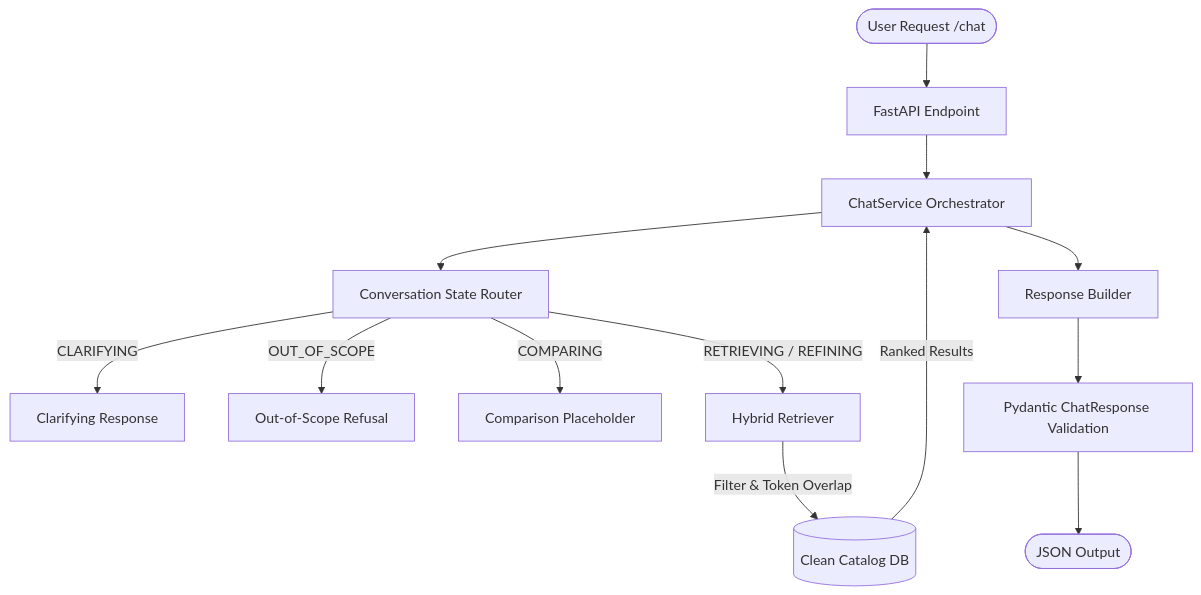
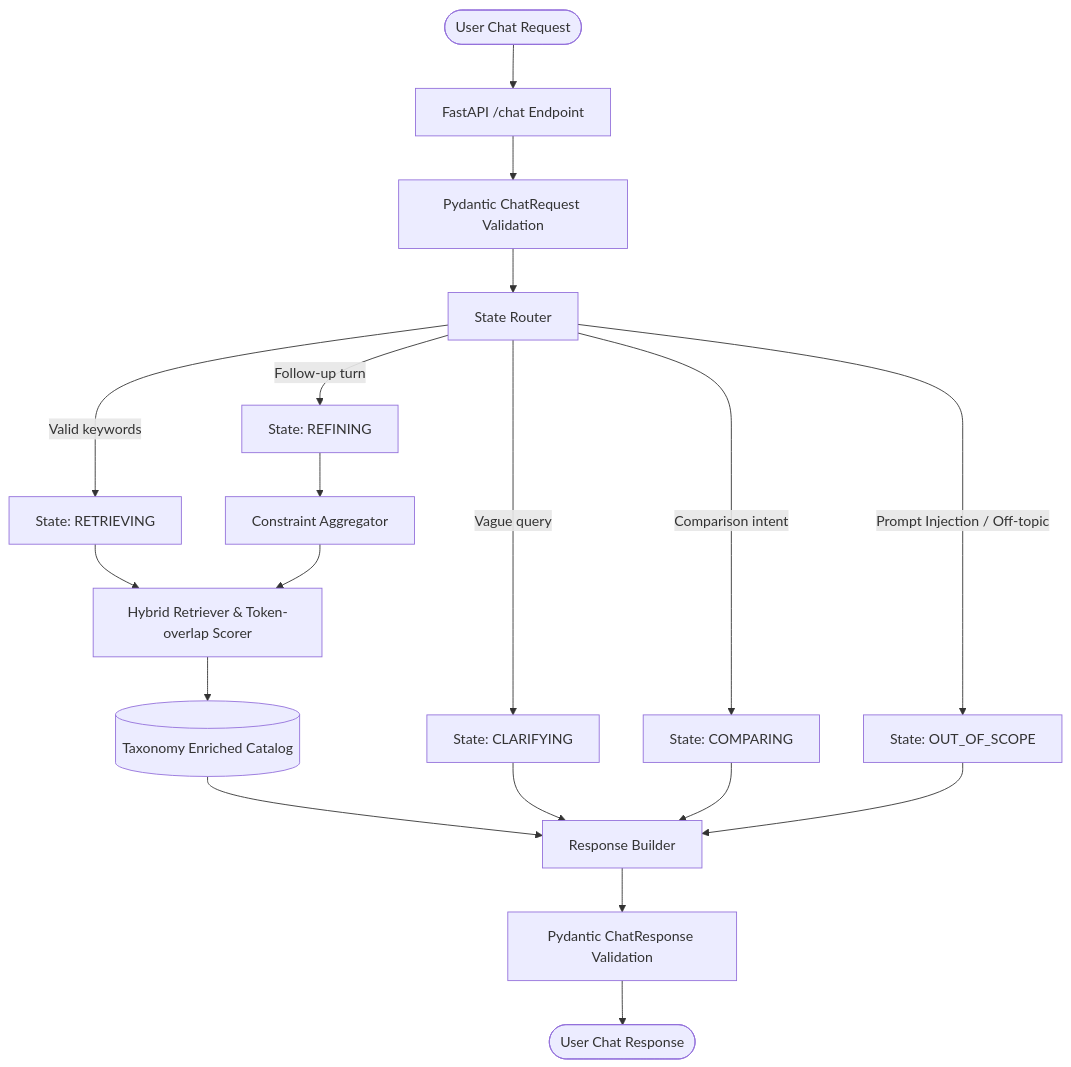
One commit to Neerav02/AssessWire-SHL changed the diagram in README.md. Above: the diagram before and after it, drawn with Mermaid. The commit also changed other lines of this file, not shown here.

Commit message:
Update README.md with system architecture, tech stack, and core differentiators

````diff
--- a/README.md
+++ b/README.md
@@ -23,18 +27,29 @@
 ```mermaid
 flowchart TD
-    User([User Request /chat]) --> API[FastAPI Endpoint]
-    API --> Service[ChatService Orchestrator]
-    Service --> Router[Conversation State Router]
+    User([User Chat Request]) --> API[FastAPI /chat Endpoint]
+    API --> SchemaIn[Pydantic ChatRequest Validation]
+    SchemaIn --> Router[State Router]
     
-    Router -->|CLARIFYING| Clarify[Clarifying Response]
-    Router -->|OUT_OF_SCOPE| Refuse[Out-of-Scope Refusal]
-    Router -->|COMPARING| Compare[Comparison Placeholder]
-    Router -->|RETRIEVING / REFINING| Retrieval[Hybrid Retriever]
+    %% Router Decisions
+    Router -->|Vague query| StateClarify[State: CLARIFYING]
+    Router -->|Valid keywords| StateRetrieve[State: RETRIEVING]
+    Router -->|Follow-up turn| StateRefine[State: REFINING]
+    Router -->|Comparison intent| StateCompare[State: COMPARING]
+    Router -->|Prompt Injection / Off-topic| StateOut[State: OUT_OF_SCOPE]
     
-    Retrieval -->|Filter & Token Overlap| Catalog[(Clean Catalog DB)]
-    Catalog --> |Ranked Results| Service
+    %% Processing Lane
+    StateRetrieve --> HybridSearch[Hybrid Retriever & Token-overlap Scorer]
+    StateRefine --> CombineQueries[Constraint Aggregator]
+    CombineQueries --> HybridSearch
     
-    Service --> Builder[Response Builder]
-    Builder --> Schema[Pydantic ChatResponse Validation]
-    Schema --> Response([JSON Output])
+    HybridSearch --> Database[(Taxonomy Enriched Catalog)]
+    
+    %% Response Generation
+    Database --> RespBuilder[Response Builder]
+    StateClarify --> RespBuilder
+    StateCompare --> RespBuilder
+    StateOut --> RespBuilder
+    
+    RespBuilder --> SchemaOut[Pydantic ChatResponse Validation]
+    SchemaOut --> Client([User Chat Response])
 ```
````
